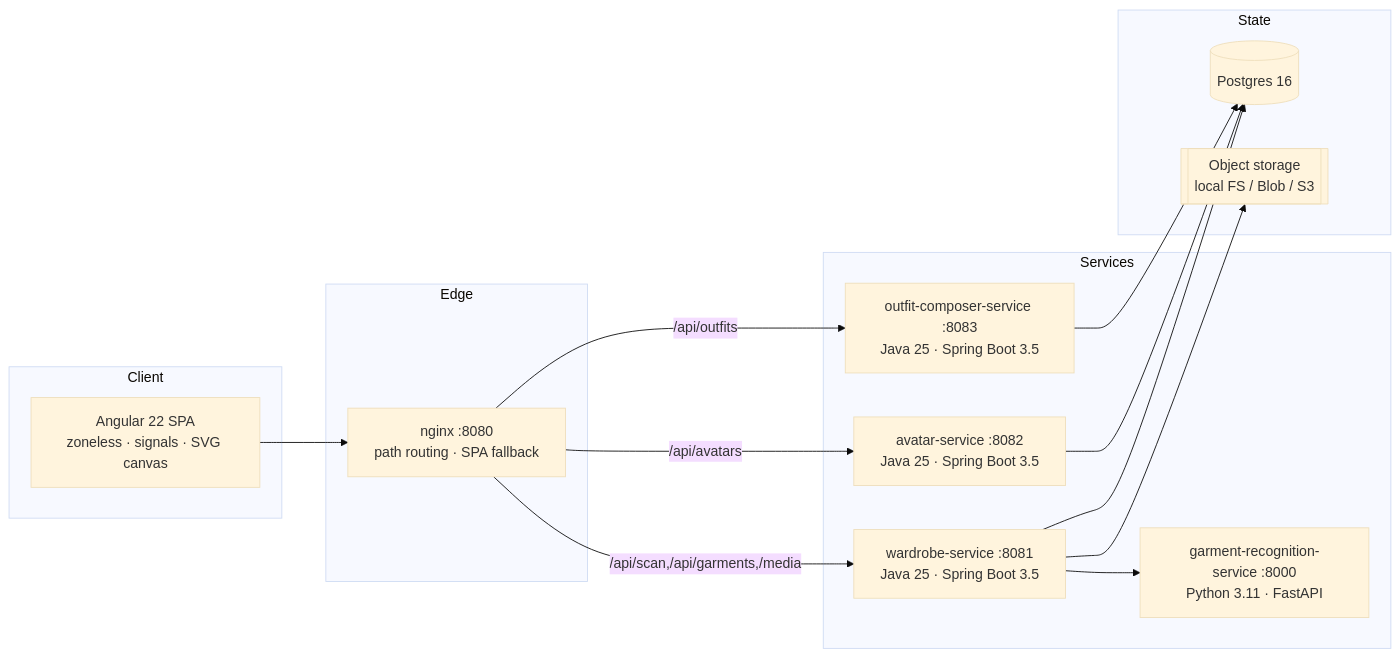
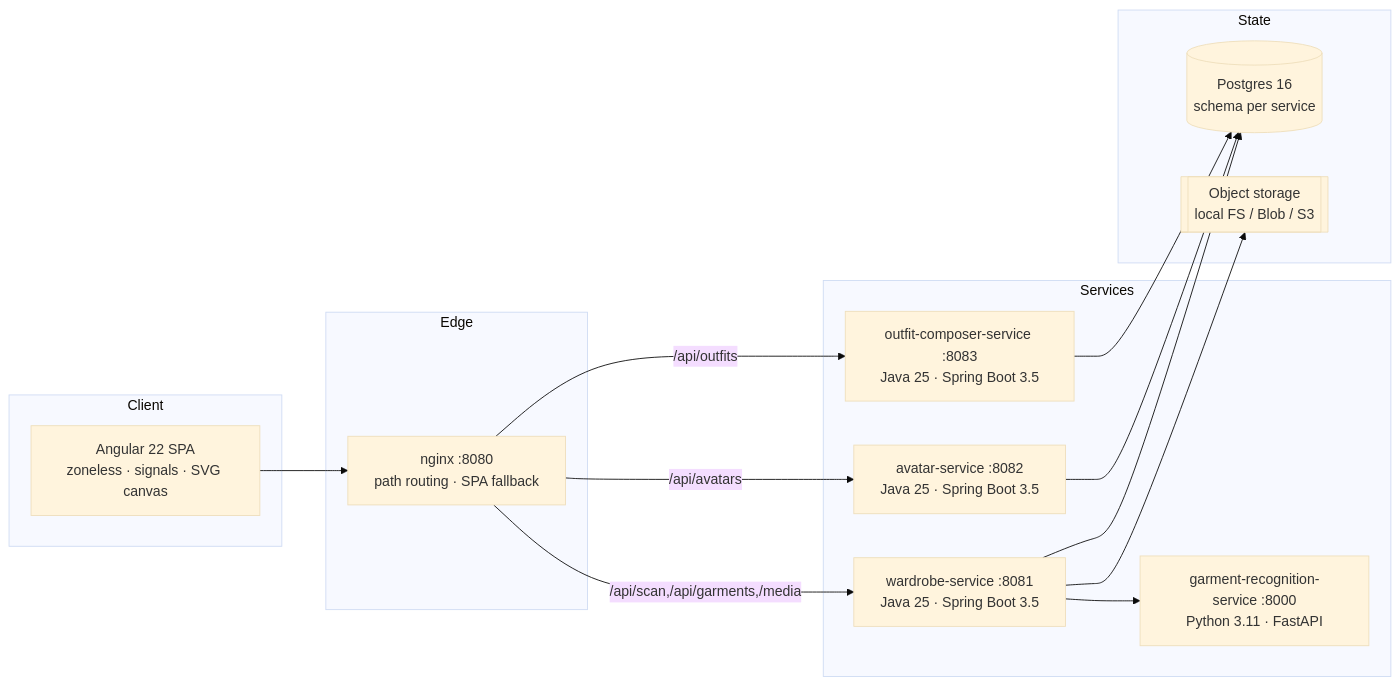
The second of 5 diagrams in README.md (ChrisvDalen/Dressd), drawn with Mermaid (base theme) before and after one commit. The commit also changed other lines of this file and 10 other files, not shown here.

````diff
--- a/README.md
+++ b/README.md
@@ -167,28 +132,28 @@
 ```mermaid
 graph LR
     subgraph Client
       NG[Angular 22 SPA<br/>zoneless · signals · SVG canvas]
     end
     subgraph Edge
       NginX[nginx :8080<br/>path routing · SPA fallback]
     end
     subgraph Services
       W[wardrobe-service :8081<br/>Java 25 · Spring Boot 3.5]
       A[avatar-service :8082<br/>Java 25 · Spring Boot 3.5]
       O[outfit-composer-service :8083<br/>Java 25 · Spring Boot 3.5]
       R[garment-recognition-service :8000<br/>Python 3.11 · FastAPI]
     end
     subgraph State
-      PG[(Postgres 16)]
+      PG[(Postgres 16<br/>schema per service)]
       OBJ[[Object storage<br/>local FS / Blob / S3]]
     end
     NG --> NginX
     NginX -->|/api/scan,/api/garments,/media| W
     NginX -->|/api/avatars| A
     NginX -->|/api/outfits| O
     W --> R
     W --> PG
     A --> PG
     O --> PG
     W --> OBJ
 ```
````
